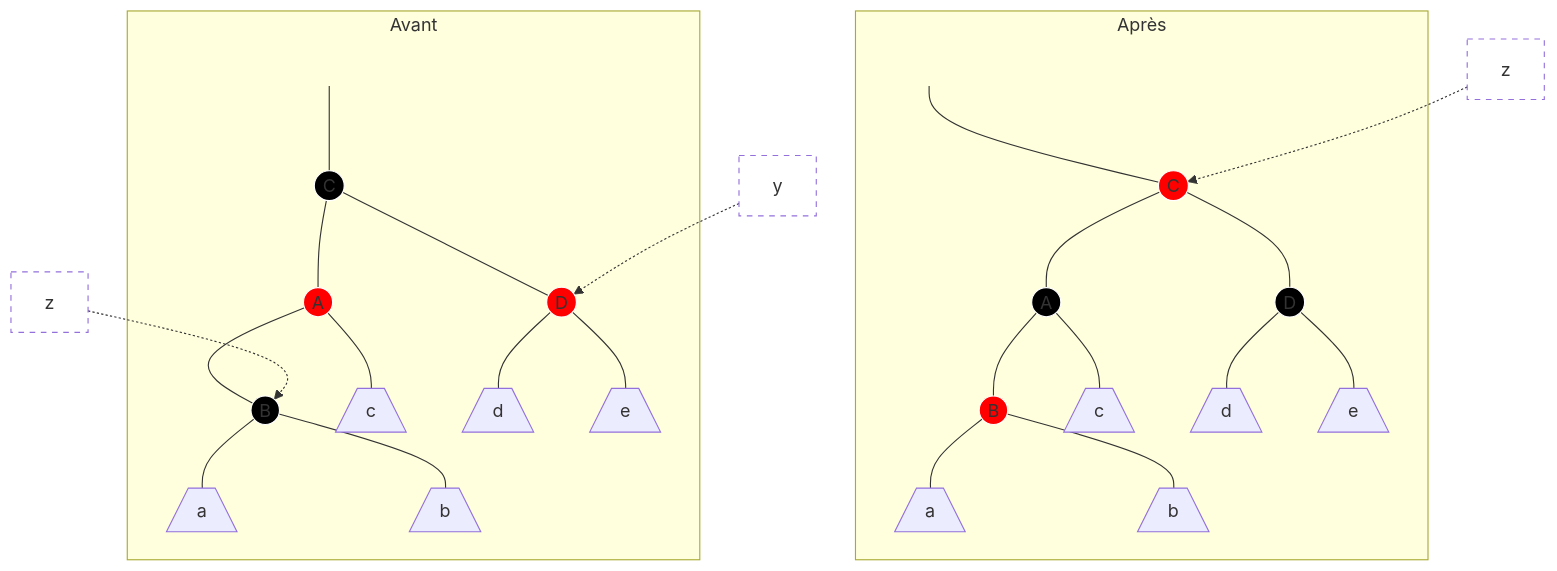
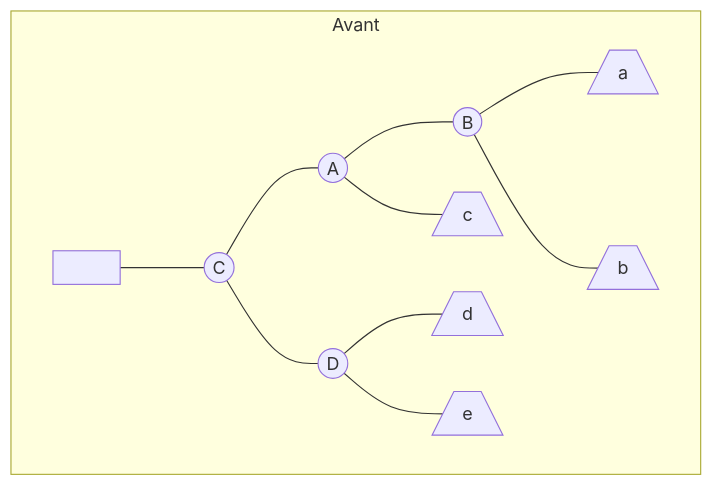
Before and after one commit to Kechidi/TP1: the fourth of 4 diagrams in cours/black-red-trees.md, drawn with Mermaid.

Commit message:
Debug fig

````diff
--- a/cours/black-red-trees.md
+++ b/cours/black-red-trees.md
@@ -219,29 +219,9 @@
 ```mermaid
 flowchart TD
   subgraph 0[Avant]
     R1[" "] --- C1((C)) --- A1((A)) & D1((D))
     A1 --- B1(("B")) & c1[/c\]
     B1 --- a1[/a\] & b1[/b\]
     D1 --- d1[/d\] & e1[/e\]
   end
-  y1[y] -.-> D1
-  z1[z] -.-> B1
-
-  subgraph 1[Après]
-    R2[" "] --- C2((C)) --- A2((A)) & D2((D))
-    A2 --- B2((B)) & c2[/c\]
-    D2 --- d2[/d\] & e2[/e\]
-    B2 --- a2[/a\] & b2[/b\]
-  end
-
-  z2[z] -.-> C2
-
-  classDef black fill:#000, stroke:#fff
-  classDef red fill:#f00, stroke:#fff
-  classDef invisible fill:#0000, stroke:#0000
-  classDef pointer stroke-dasharray: 5 5, fill:#0000
-  class C1,B1,A2,D2 black
-  class A1,D1,C2,B2 red
-  class R1,R2 invisible
-  class z1,y1,z2 pointer
 ```
````
